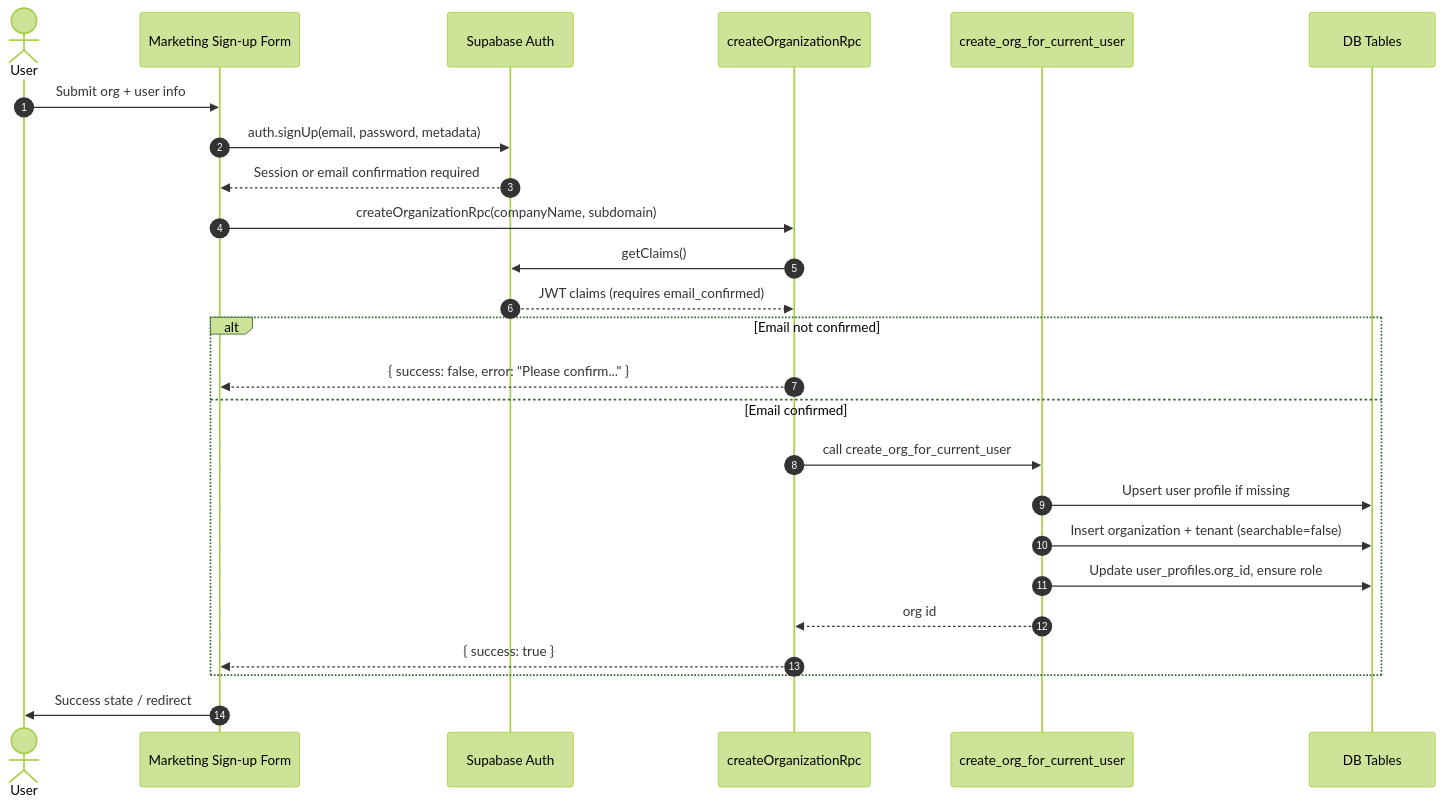
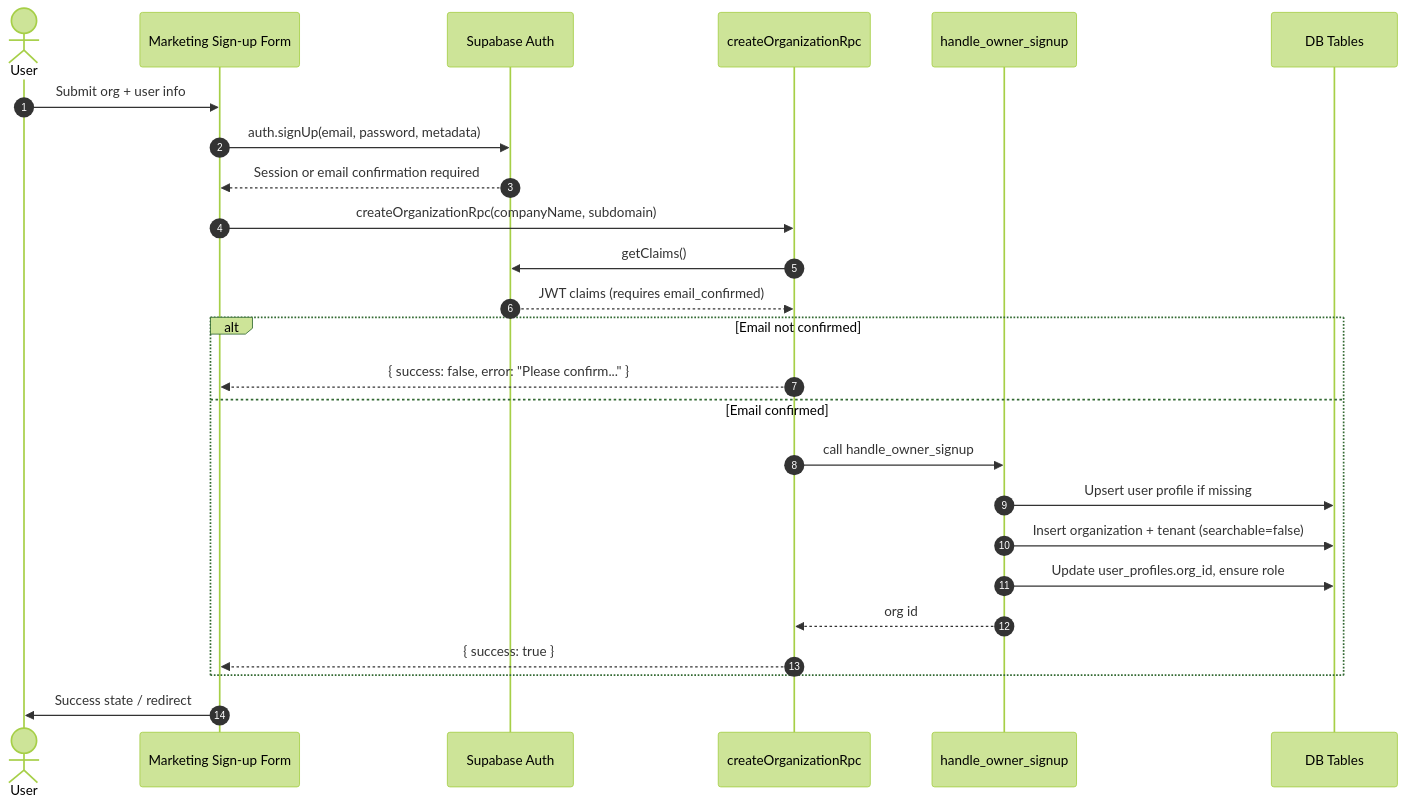
Before and after one commit to steve-piece/subdomain-isolated-turborepo: the first of 3 diagrams in docs/auth-flow.md, drawn with Mermaid (forest theme). The commit also changed other lines of this file and 16 other files, not shown here.

First line of the commit message:
refactor: update organization signup flow and configuration settings

````diff
--- a/docs/auth-flow.md
+++ b/docs/auth-flow.md
@@ -31,28 +31,28 @@
 ```mermaid
 sequenceDiagram
   autonumber
   actor User
   participant MarketingUI as Marketing Sign-up Form
   participant SupabaseAuth as Supabase Auth
   participant ServerAction as createOrganizationRpc
-  participant RPC as create_org_for_current_user
+  participant RPC as handle_owner_signup
   participant DB as DB Tables
 
   User->>MarketingUI: Submit org + user info
   MarketingUI->>SupabaseAuth: auth.signUp(email, password, metadata)
   SupabaseAuth-->>MarketingUI: Session or email confirmation required
   MarketingUI->>ServerAction: createOrganizationRpc(companyName, subdomain)
   ServerAction->>SupabaseAuth: getClaims()
   SupabaseAuth-->>ServerAction: JWT claims (requires email_confirmed)
   alt Email not confirmed
     ServerAction-->>MarketingUI: { success: false, error: "Please confirm..." }
   else Email confirmed
-    ServerAction->>RPC: call create_org_for_current_user
+    ServerAction->>RPC: call handle_owner_signup
     RPC->>DB: Upsert user profile if missing
     RPC->>DB: Insert organization + tenant (searchable=false)
     RPC->>DB: Update user_profiles.org_id, ensure role
     RPC-->>ServerAction: org id
     ServerAction-->>MarketingUI: { success: true }
   end
   MarketingUI->>User: Success state / redirect
 ```
````
